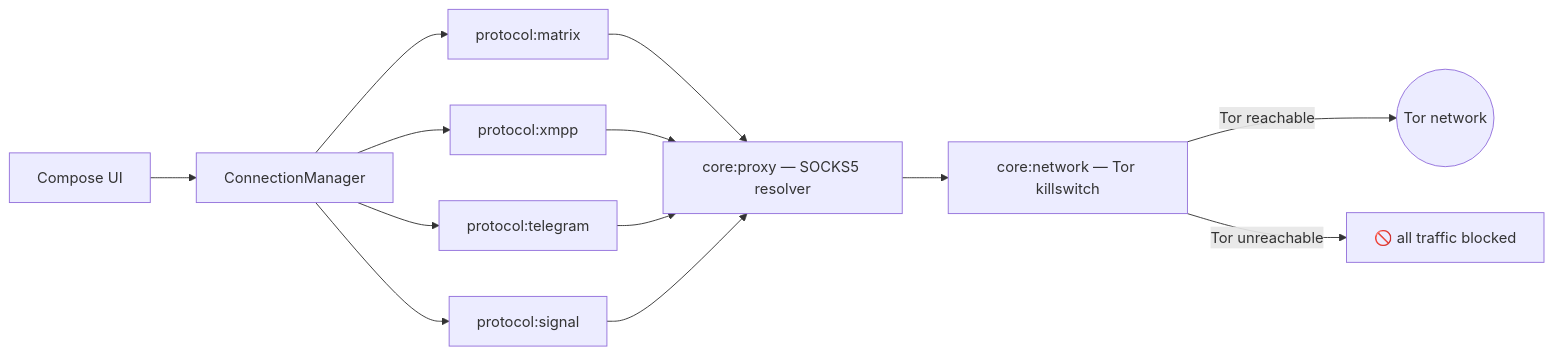
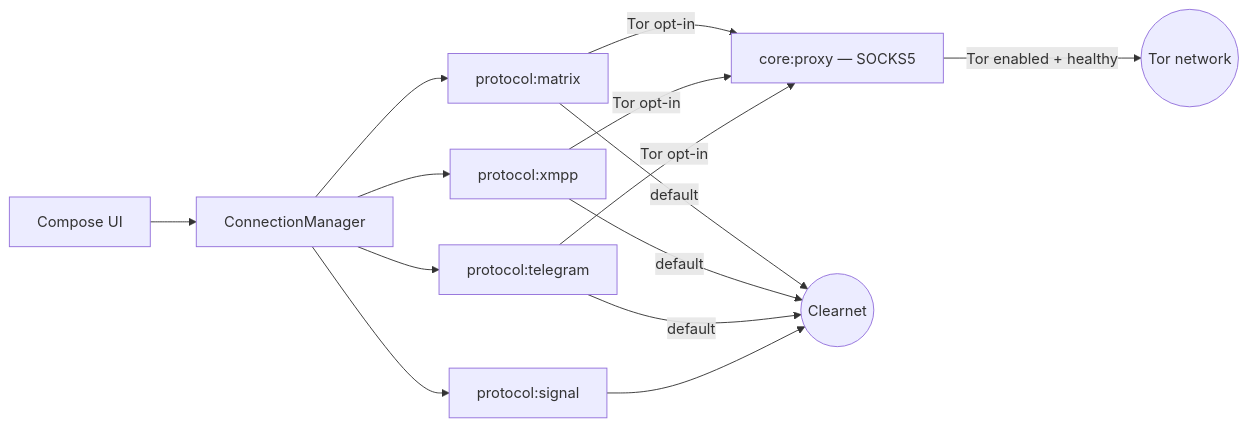
The diagram in README.md (LTechnologies0/SecureMessenger), drawn with Mermaid before and after one commit. The commit also changed other lines of this file and 27 other files, not shown here.

First line of the commit message:
fix(signal): clearnet access and remove Tor killswitch

````diff
--- a/README.md
+++ b/README.md
@@ -49,12 +49,12 @@
 ```mermaid
 flowchart LR
     UI[Compose UI] --> CM[ConnectionManager]
     CM --> Matrix[protocol:matrix]
     CM --> XMPP[protocol:xmpp]
     CM --> TG[protocol:telegram]
     CM --> Signal[protocol:signal]
-    Matrix & XMPP & TG & Signal --> Proxy[core:proxy — SOCKS5 resolver]
-    Proxy --> Guard[core:network — Tor killswitch]
-    Guard -->|Tor reachable| Tor((Tor network))
-    Guard -->|Tor unreachable| Blocked[🚫 all traffic blocked]
+    Matrix & XMPP & TG -->|Tor opt-in| Proxy[core:proxy — SOCKS5]
+    Matrix & XMPP & TG -->|default| Clearnet((Clearnet))
+    Signal --> Clearnet
+    Proxy -->|Tor enabled + healthy| Tor((Tor network))
 ```
````
